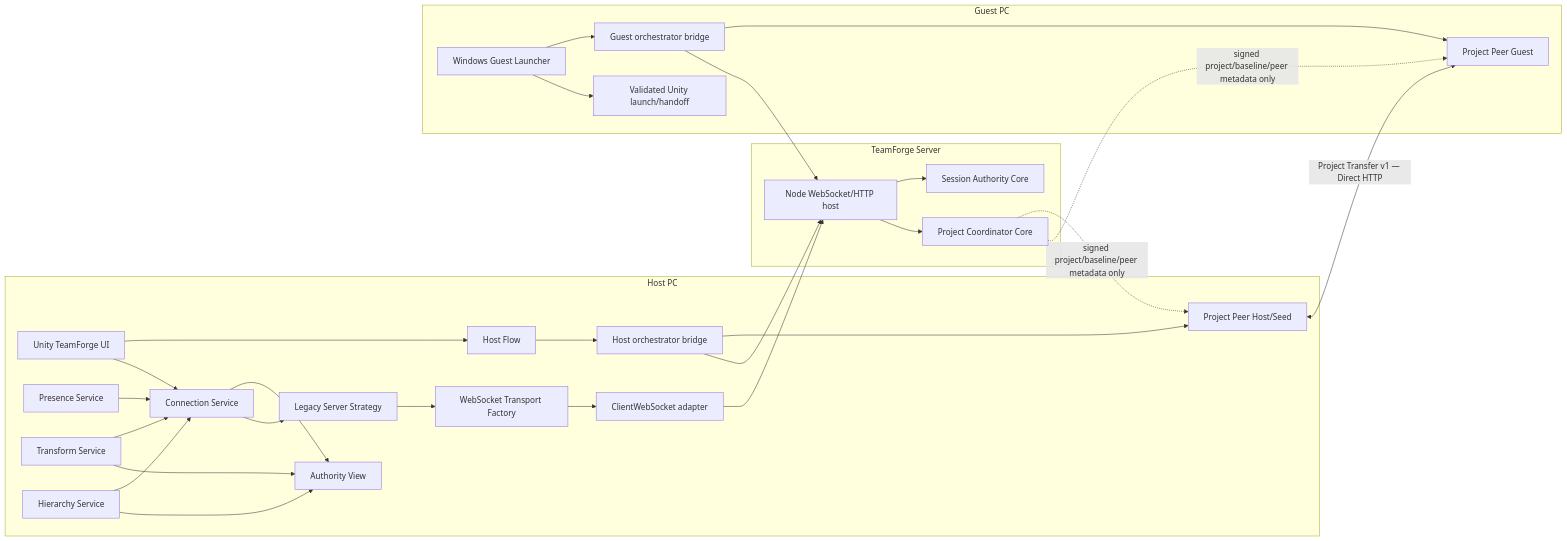
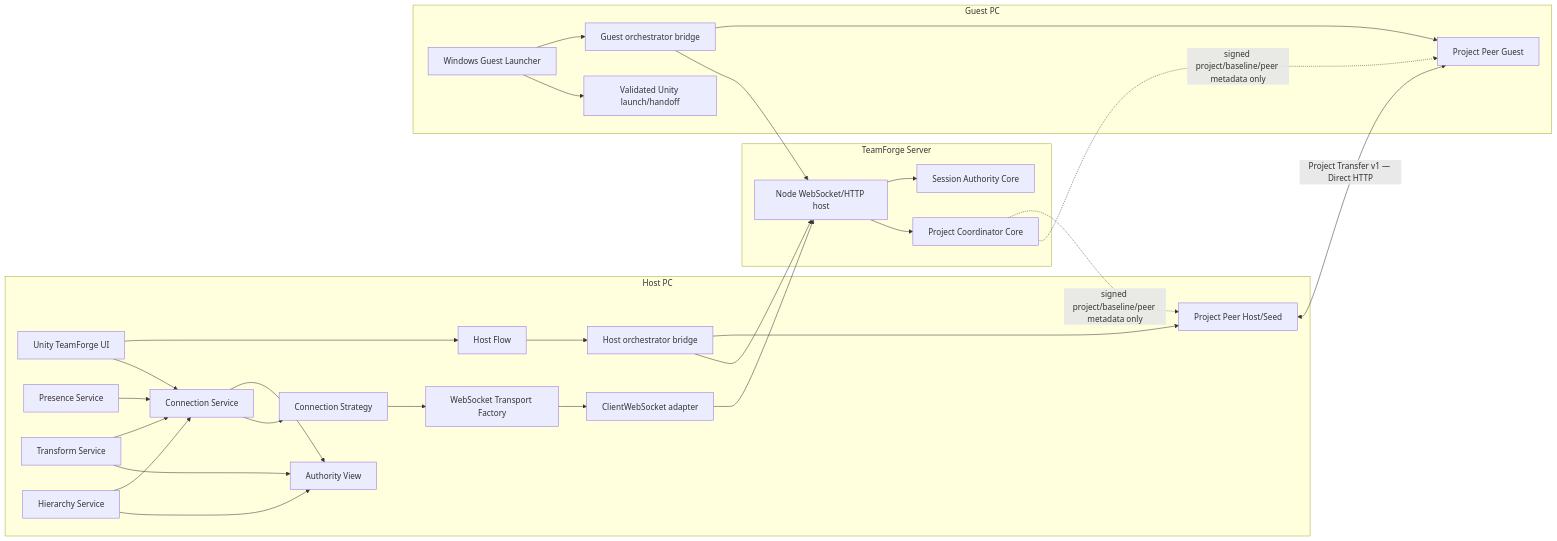
One commit to Eun-si123/teamforge-unity-collab changed the diagram in docs/architecture.md. Above: the diagram before and after it, drawn with Mermaid. The commit also changed other lines of this file and 59 other files, not shown here.

````diff
--- a/docs/architecture.md
+++ b/docs/architecture.md
@@ -21,36 +16,36 @@
 ```mermaid
 flowchart LR
     subgraph HostPC["Host PC"]
         UI["Unity TeamForge UI"] --> HF["Host Flow"]
         HF --> HB["Host orchestrator bridge"]
         UI --> CS["Connection Service"]
         PS["Presence Service"] --> CS
         TS["Transform Service"] --> CS
         HS["Hierarchy Service"] --> CS
         TS --> AV["Authority View"]
         HS --> AV
         CS --> AV
-        CS --> LS["Legacy Server Strategy"]
+        CS --> LS["Connection Strategy"]
         LS --> WF["WebSocket Transport Factory"]
         WF --> CW["ClientWebSocket adapter"]
         HB --> PEH["Project Peer Host/Seed"]
     end
 
     subgraph ServerProcess["TeamForge Server"]
         SH["Node WebSocket/HTTP host"] --> SA["Session Authority Core"]
         SH --> PC["Project Coordinator Core"]
     end
 
     subgraph GuestPC["Guest PC"]
         GL["Windows Guest Launcher"] --> GB["Guest orchestrator bridge"]
         GB --> PEG["Project Peer Guest"]
         GL --> UL["Validated Unity launch/handoff"]
     end
 
     CW --> SH
     HB --> SH
     GB --> SH
     PEH <-->|"Project Transfer v1 — Direct HTTP"| PEG
     PC -. "signed project/baseline/peer metadata only" .-> PEH
     PC -. "signed project/baseline/peer metadata only" .-> PEG
 ```
````
